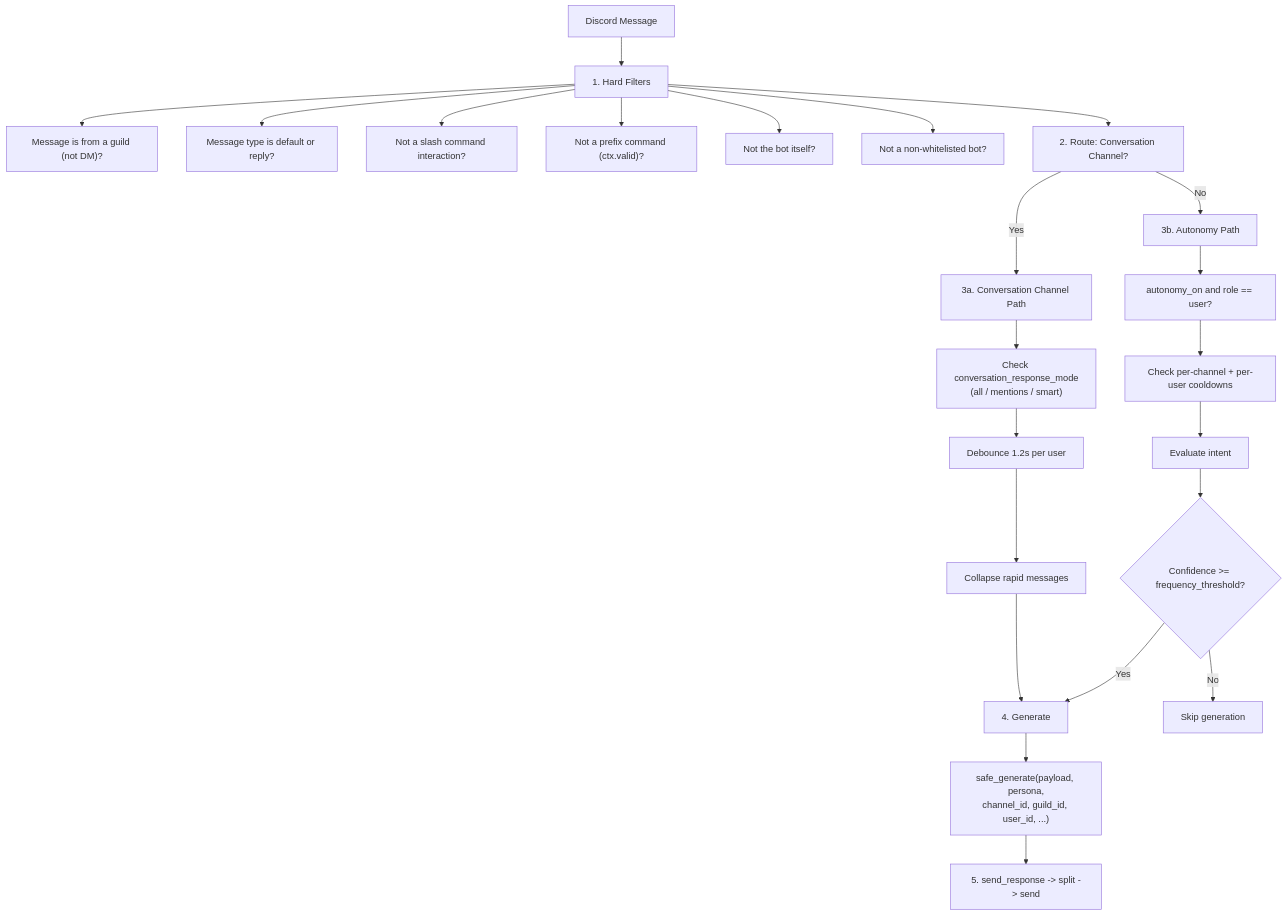
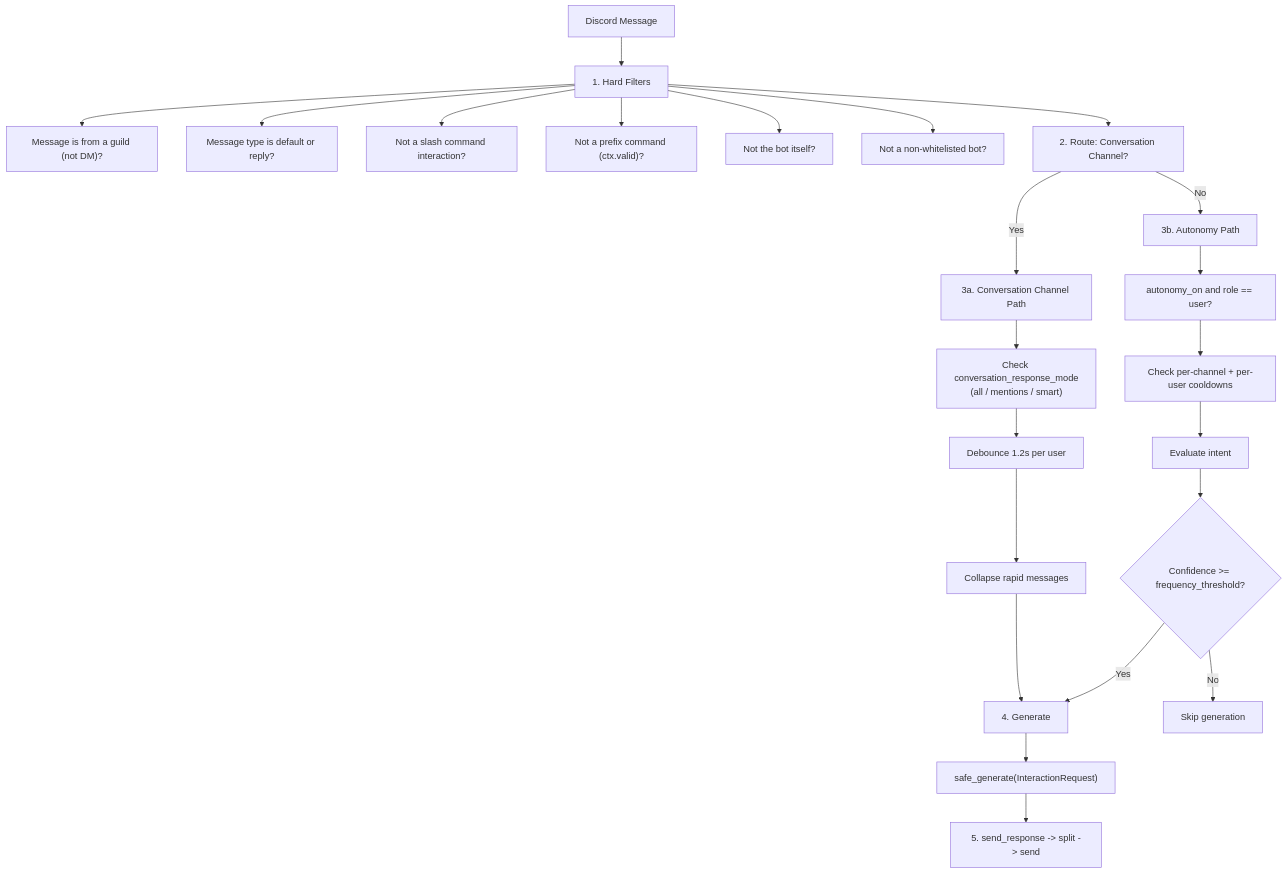
The first of 3 diagrams in docs/architecture.md (freesona/freesona), drawn with Mermaid before and after one commit. The commit also changed other lines of this file and 6 other files, not shown here.

First line of the commit message:
Add InteractionRequest data structure and update generation logic

````diff
--- a/docs/architecture.md
+++ b/docs/architecture.md
@@ -95,25 +96,25 @@
 ```mermaid
 flowchart TD
     A[Discord Message] --> B[1. Hard Filters]
     B --> B1["Message is from a guild (not DM)?"]
     B --> B2["Message type is default or reply?"]
     B --> B3["Not a slash command interaction?"]
     B --> B4["Not a prefix command (ctx.valid)?"]
     B --> B5["Not the bot itself?"]
     B --> B6["Not a non-whitelisted bot?"]
     B --> C[2. Route: Conversation Channel?]
     C -->|Yes| D[3a. Conversation Channel Path]
     C -->|No| E[3b. Autonomy Path]
     D --> D1["Check conversation_response_mode\n(all / mentions / smart)"]
     D1 --> D2[Debounce 1.2s per user]
     D2 --> D3[Collapse rapid messages]
     E --> E1["autonomy_on and role == user?"]
     E1 --> E2[Check per-channel + per-user cooldowns]
     E2 --> E3[Evaluate intent]
     E3 --> E4{Confidence >= frequency_threshold?}
     E4 -->|Yes| F[4. Generate]
     E4 -->|No| G[Skip generation]
     D3 --> F
-    F --> F1["safe_generate(payload, persona,\nchannel_id, guild_id, user_id, ...)"]
+    F --> F1["safe_generate(InteractionRequest)"]
     F1 --> H[5. send_response -> split -> send]
 ```
````
